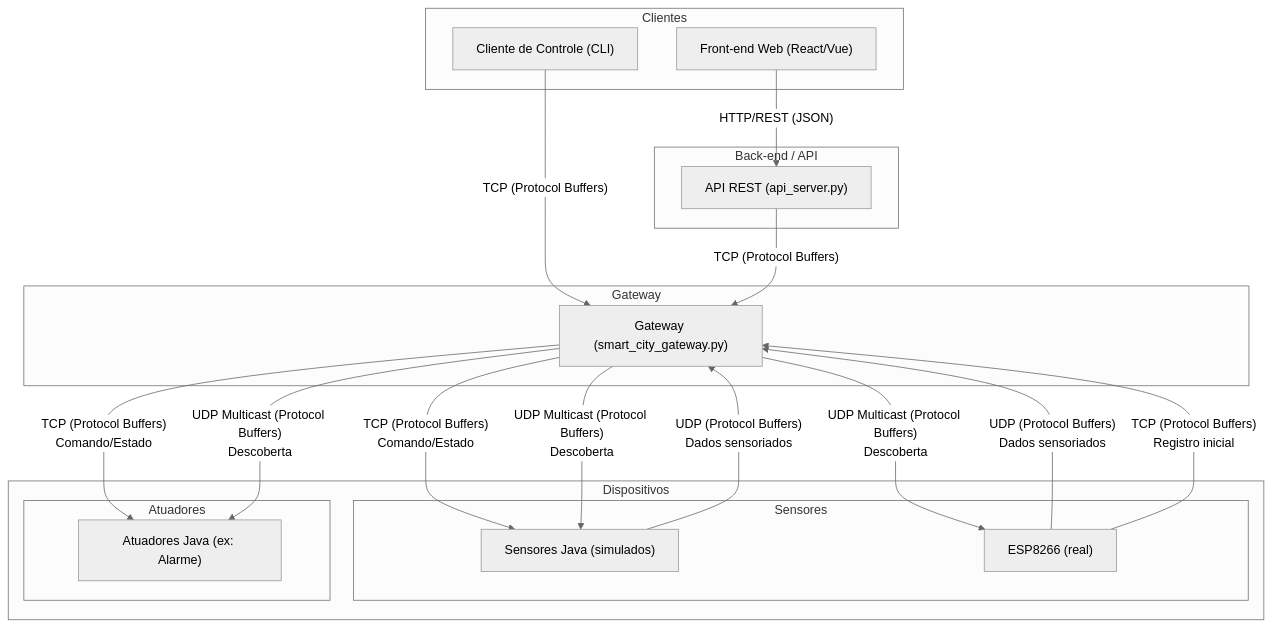
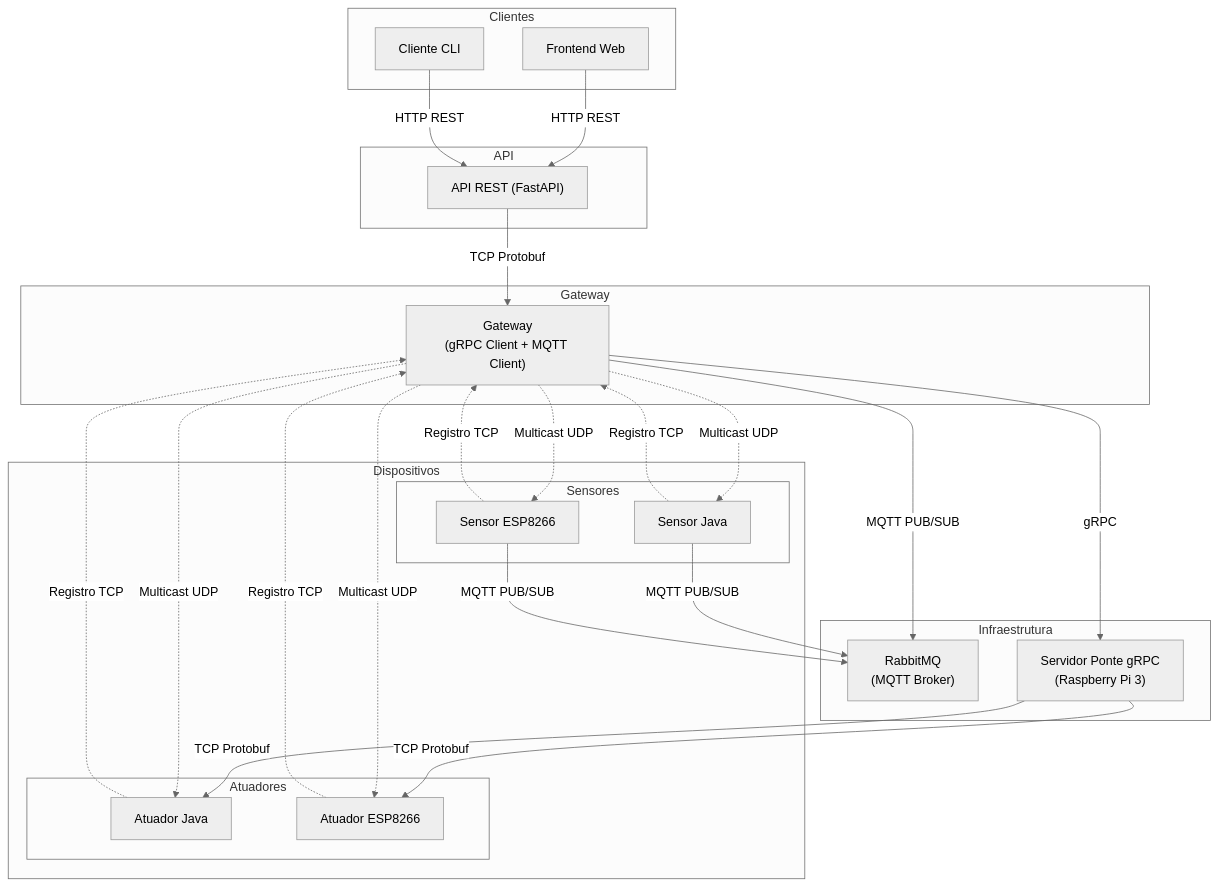
Before and after one commit to mdo-br/Trabalho-SD-gRPC-RabbitMQ-MQTT: the first of 2 diagrams in README.md, drawn with Mermaid (neutral theme). The commit also changed other lines of this file and 33 other files, not shown here.

First line of the commit message:
Commit inicial: Integração completa Smart City (gRPC, RabbitMQ/MQTT, API, Frontend, ESP8266, Java)

````diff
--- a/README.md
+++ b/README.md
@@ -47,37 +65,60 @@
 ```mermaid
 flowchart TB
     subgraph Clientes
-        FE["Front-end Web (React/Vue)"]
-        CLI["Cliente de Controle (CLI)"]
+        FE["Frontend Web"]
+        CLI["Cliente CLI"]
     end
 
-    subgraph "Back-end / API"
-        API["API REST (api_server.py)"]
+    subgraph API
+        REST["API REST (FastAPI)"]
     end
 
     subgraph Gateway
-        GW["Gateway (smart_city_gateway.py)"]
+        GW["Gateway\n(gRPC Client + MQTT Client)"]
+    end
+
+    subgraph Infraestrutura
+        MQ["RabbitMQ\n(MQTT Broker)"]
+        GRPC["Servidor Ponte gRPC\n(Raspberry Pi 3)"]
     end
 
     subgraph Dispositivos
         subgraph Sensores
-            S["Sensores Java (simulados)"]
-            ESP["ESP8266 (real)"]
+            SJ["Sensor Java"]
+            SESP["Sensor ESP8266"]
         end
         subgraph Atuadores
-            A["Atuadores Java (ex: Alarme)"]
+            AJ["Atuador Java"]
+            AESP["Atuador ESP8266"]
         end
     end
 
-    FE -- "HTTP/REST (JSON)" --> API
-    CLI -- "TCP (Protocol Buffers)" --> GW
-    API -- "TCP (Protocol Buffers)" --> GW
-    GW -- "TCP (Protocol Buffers)\nComando/Estado" --> S
-    GW -- "TCP (Protocol Buffers)\nComando/Estado" --> A
-    GW -- "UDP Multicast (Protocol Buffers)\nDescoberta" --> S
-    GW -- "UDP Multicast (Protocol Buffers)\nDescoberta" --> A
-    GW -- "UDP Multicast (Protocol Buffers)\nDescoberta" --> ESP
-    S -- "UDP (Protocol Buffers)\nDados sensoriados" --> GW
-    ESP -- "UDP (Protocol Buffers)\nDados sensoriados" --> GW
-    ESP -- "TCP (Protocol Buffers)\nRegistro inicial" --> GW
+    %% Conexões dos clientes
+    FE -->|HTTP REST| REST
+    CLI -->|HTTP REST| REST
+    REST -->|TCP Protobuf| GW
+
+    %% Conexões do Gateway
+    GW -->|gRPC| GRPC
+    GW -->|MQTT PUB/SUB| MQ
+
+    %% Conexões dos sensores (MQTT)
+    SJ -->|MQTT PUB/SUB| MQ
+    SESP -->|MQTT PUB/SUB| MQ
+
+    %% Conexões dos atuadores (gRPC → TCP)
+    GRPC -->|TCP Protobuf| AESP
+    GRPC -->|TCP Protobuf| AJ
+
+    %% Descoberta multicast (todos os dispositivos)
+    GW -.->|Multicast UDP| SJ
+    GW -.->|Multicast UDP| SESP
+    GW -.->|Multicast UDP| AJ
+    GW -.->|Multicast UDP| AESP
+    
+    %% Registro TCP (todos os dispositivos)
+    SJ -.->|Registro TCP| GW
+    SESP -.->|Registro TCP| GW
+    AJ -.->|Registro TCP| GW
+    AESP -.->|Registro TCP| GW
 ```
````
